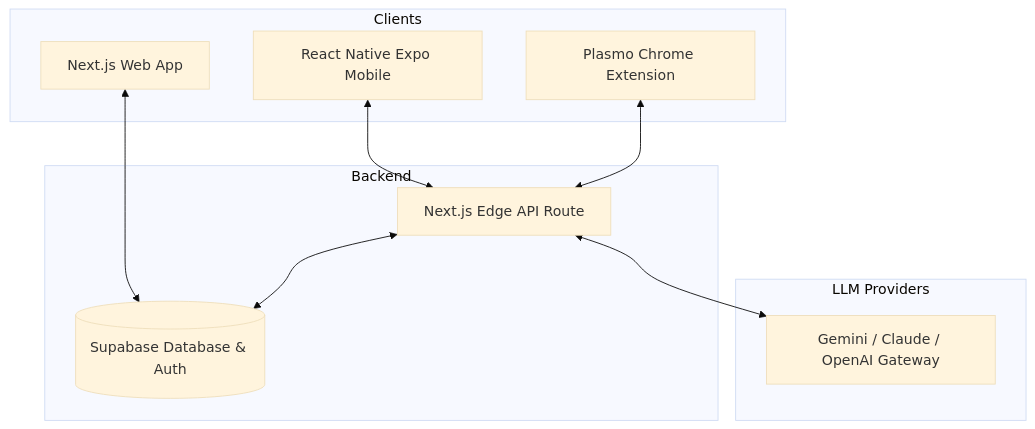
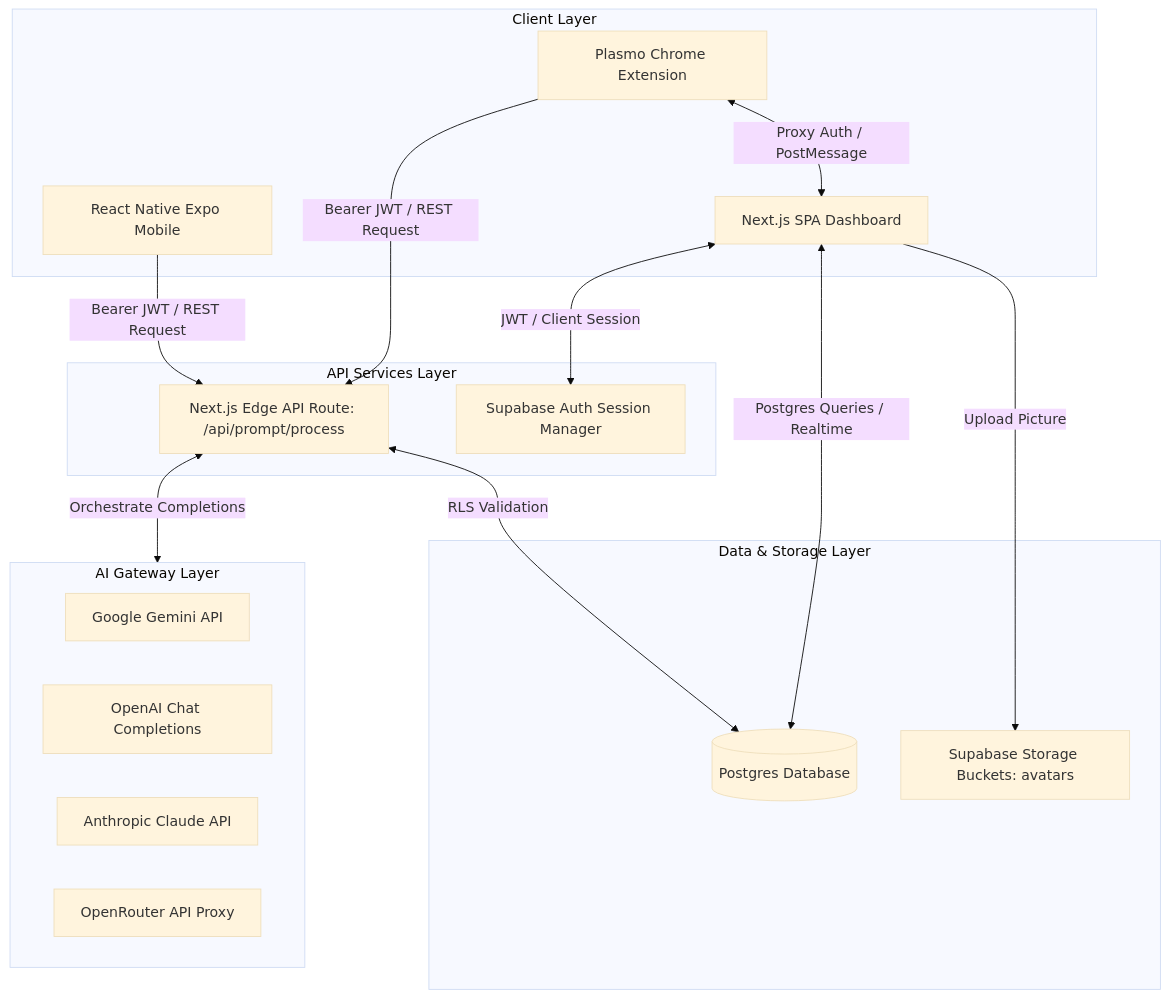
The first of 5 diagrams in README.md (BvdMurali/Prompt-Pilot), drawn with Mermaid (base theme) before and after one commit. The commit also changed other lines of this file and 12 other files, not shown here.

````diff
--- a/README.md
+++ b/README.md
@@ -45,23 +69,39 @@
 ```mermaid
 graph TD
-    subgraph Clients
-        Web[Next.js Web App]
+    subgraph Clients [Client Layer]
+        Web[Next.js SPA Dashboard]
         Ext[Plasmo Chrome Extension]
         Mob[React Native Expo Mobile]
     end
 
-    subgraph Backend
-        Supa[(Supabase Database & Auth)]
-        API[Next.js Edge API Route]
+    subgraph API [API Services Layer]
+        NextAPI[Next.js Edge API Route: /api/prompt/process]
+        AuthRouter[Supabase Auth Session Manager]
     end
 
-    subgraph LLM Providers
-        LLM[Gemini / Claude / OpenAI Gateway]
+    subgraph Data [Data & Storage Layer]
+        SupaDb[(Postgres Database)]
+        Avatars[Supabase Storage Buckets: avatars]
     end
 
-    Web <--> Supa
-    Mob <--> API
-    Ext <--> API
-    API <--> Supa
-    API <--> LLM
+    subgraph AI [AI Gateway Layer]
+        Gemini[Google Gemini API]
+        OpenAI[OpenAI Chat Completions]
+        Claude[Anthropic Claude API]
+        OR[OpenRouter API Proxy]
+    end
+
+    %% Client Interactions
+    Web <-->|JWT / Client Session| AuthRouter
+    Web <-->|Postgres Queries / Realtime| SupaDb
+    Ext <-->|Proxy Auth / PostMessage| Web
+    Ext -->|Bearer JWT / REST Request| NextAPI
+    Mob -->|Bearer JWT / REST Request| NextAPI
+    
+    %% Server Connections
+    NextAPI <-->|RLS Validation| SupaDb
+    NextAPI <-->|Orchestrate Completions| AI
+    
+    %% Storage Connections
+    Web -->|Upload Picture| Avatars
 ```
````
